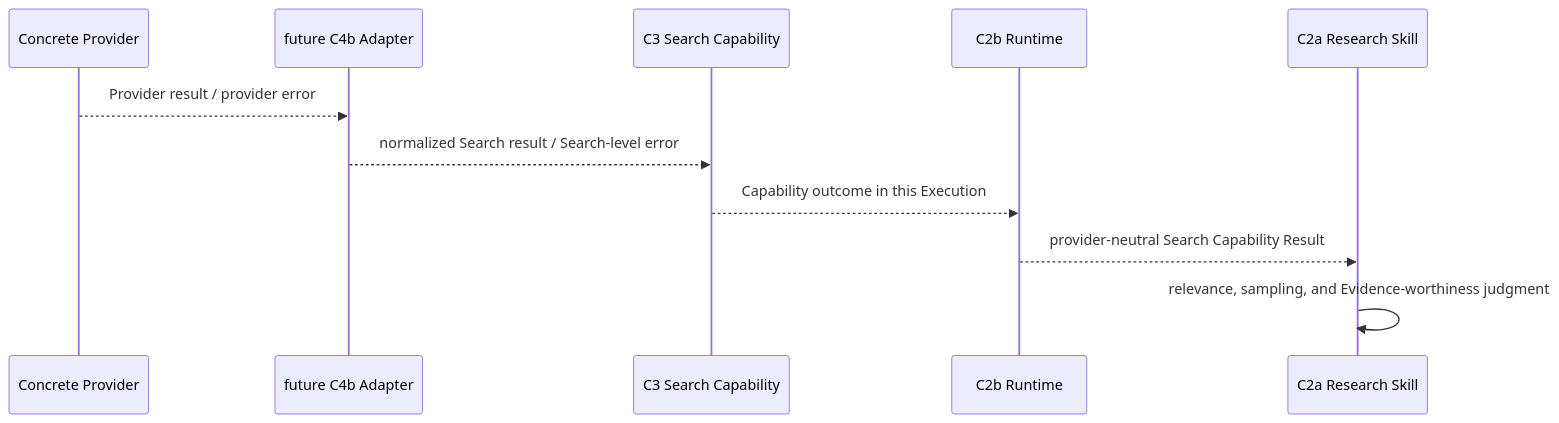
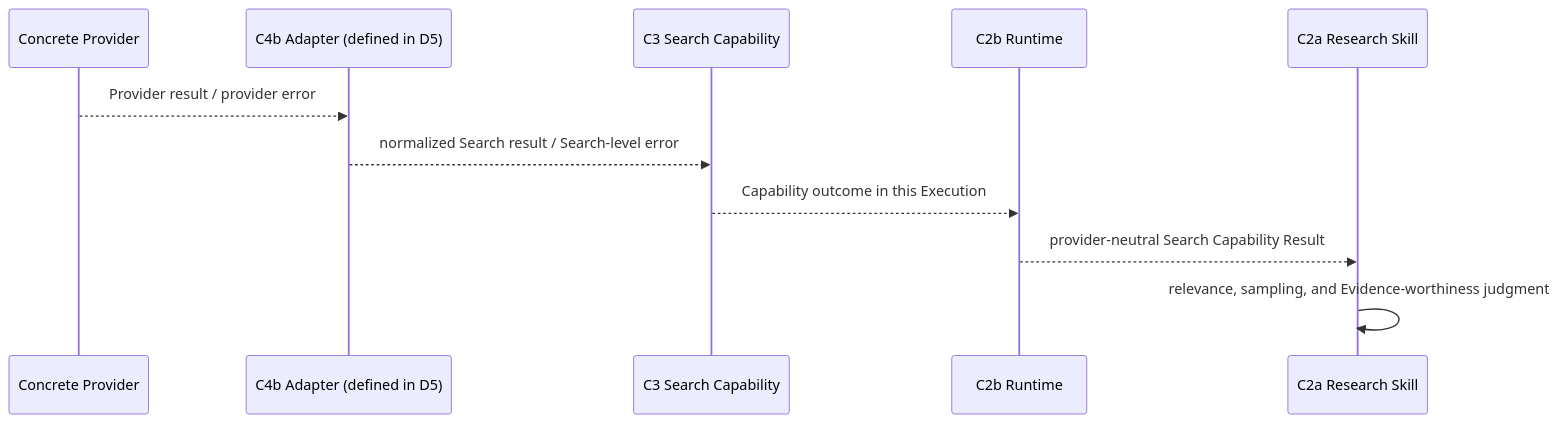
Before and after one commit to SONG-36/ecommerce-ai-os: the second of 2 diagrams in docs/02_system/vertical_slices/01_research_execution/contracts/02_SEARCH_INVOCATION.md, drawn with Mermaid. The commit also changed other lines of this file and 3 other files, not shown here.

````diff
--- a/docs/02_system/vertical_slices/01_research_execution/contracts/02_SEARCH_INVOCATION.md
+++ b/docs/02_system/vertical_slices/01_research_execution/contracts/02_SEARCH_INVOCATION.md
@@ -92,14 +92,14 @@
 ```mermaid
 sequenceDiagram
     participant P as Concrete Provider
-    participant A as future C4b Adapter
+    participant A as C4b Adapter (defined in D5)
     participant C as C3 Search Capability
     participant R as C2b Runtime
     participant S as C2a Research Skill
 
     P-->>A: Provider result / provider error
     A-->>C: normalized Search result / Search-level error
     C-->>R: Capability outcome in this Execution
     R-->>S: provider-neutral Search Capability Result
     S->>S: relevance, sampling, and Evidence-worthiness judgment
 ```
````
